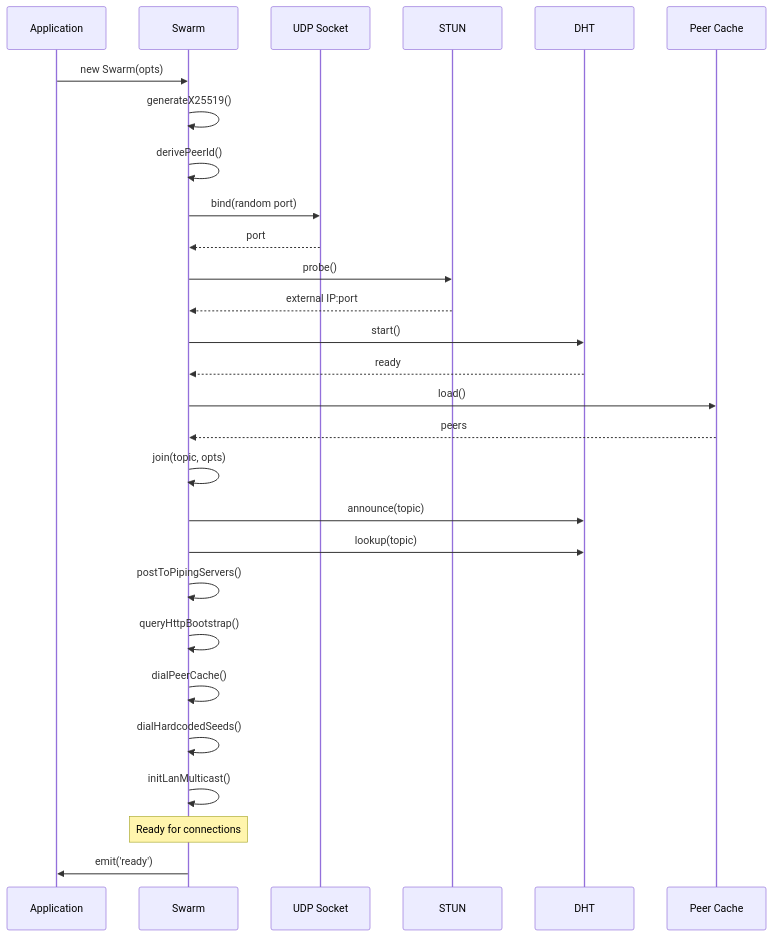
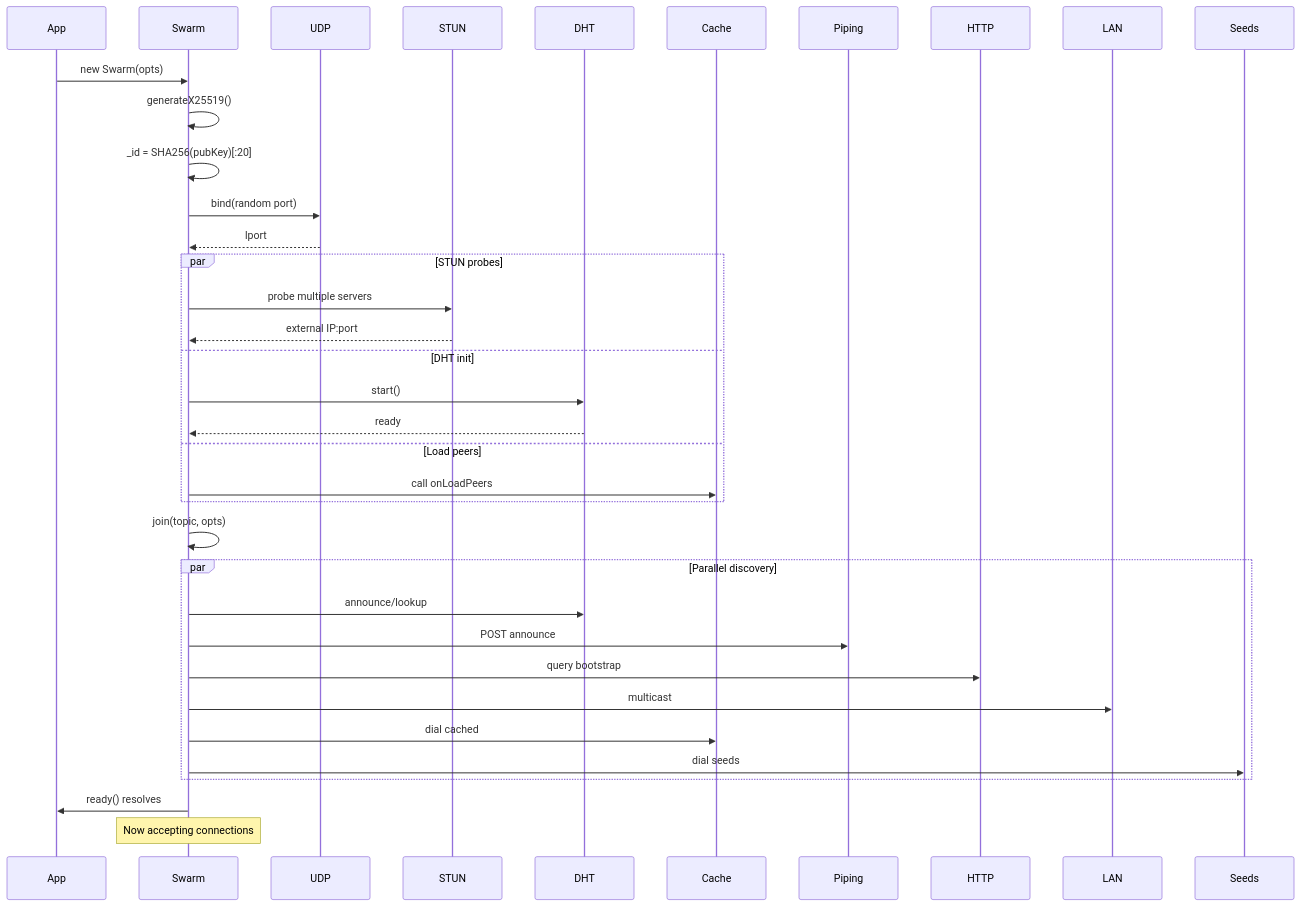
Before and after one commit to setowire-org/js-setowire: diagram 12 of 12 in SPEC.md, drawn with Mermaid. The commit also changed other lines of this file, not shown here.

````diff
--- a/SPEC.md
+++ b/SPEC.md
@@ -694,37 +988,40 @@
 ```mermaid
 sequenceDiagram
-    participant App as Application
-    participant Swarm as Swarm
-    participant UDP as UDP Socket
-    participant STUN as STUN
-    participant DHT as DHT
-    participant Cache as Peer Cache
+    participant App as App
+    participant Swarm
+    participant UDP
+    participant STUN
+    participant DHT
+    participant Cache
     
     App->>Swarm: new Swarm(opts)
     Swarm->>Swarm: generateX25519()
-    Swarm->>Swarm: derivePeerId()
+    Swarm->>Swarm: _id = SHA256(pubKey)[:20]
+    
     Swarm->>UDP: bind(random port)
-    UDP-->>Swarm: port
+    UDP-->>Swarm: lport
     
-    Swarm->>STUN: probe()
-    STUN-->>Swarm: external IP:port
-    
-    Swarm->>DHT: start()
-    DHT-->>Swarm: ready
-    
-    Swarm->>Cache: load()
-    Cache-->>Swarm: peers
+    par STUN probes
+        Swarm->>STUN: probe multiple servers
+        STUN-->>Swarm: external IP:port
+    and DHT init
+        Swarm->>DHT: start()
+        DHT-->>Swarm: ready
+    and Load peers
+        Swarm->>Cache: call onLoadPeers
+    end
     
     Swarm->>Swarm: join(topic, opts)
     
-    Swarm->>DHT: announce(topic)
-    Swarm->>DHT: lookup(topic)
-    Swarm->>Swarm: postToPipingServers()
-    Swarm->>Swarm: queryHttpBootstrap()
-    Swarm->>Swarm: dialPeerCache()
-    Swarm->>Swarm: dialHardcodedSeeds()
-    Swarm->>Swarm: initLanMulticast()
+    par Parallel discovery
+        Swarm->>DHT: announce/lookup
+        Swarm->>Piping: POST announce
+        Swarm->>HTTP: query bootstrap
+        Swarm->>LAN: multicast
+        Swarm->>Cache: dial cached
+        Swarm->>Seeds: dial seeds
+    end
     
-    Note over Swarm: Ready for connections
-    Swarm->>App: emit('ready')
+    Swarm->>App: ready() resolves
+    note over Swarm: Now accepting connections
 ```
````
